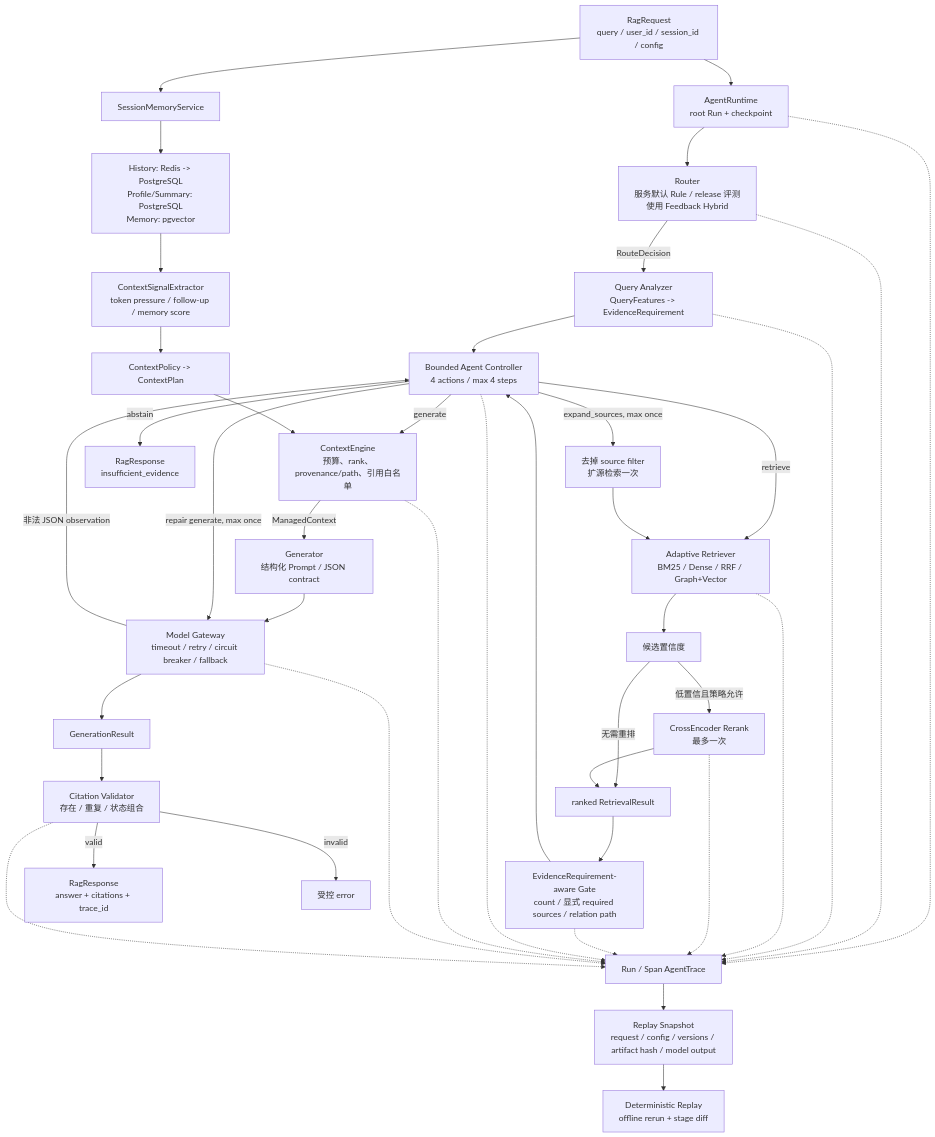
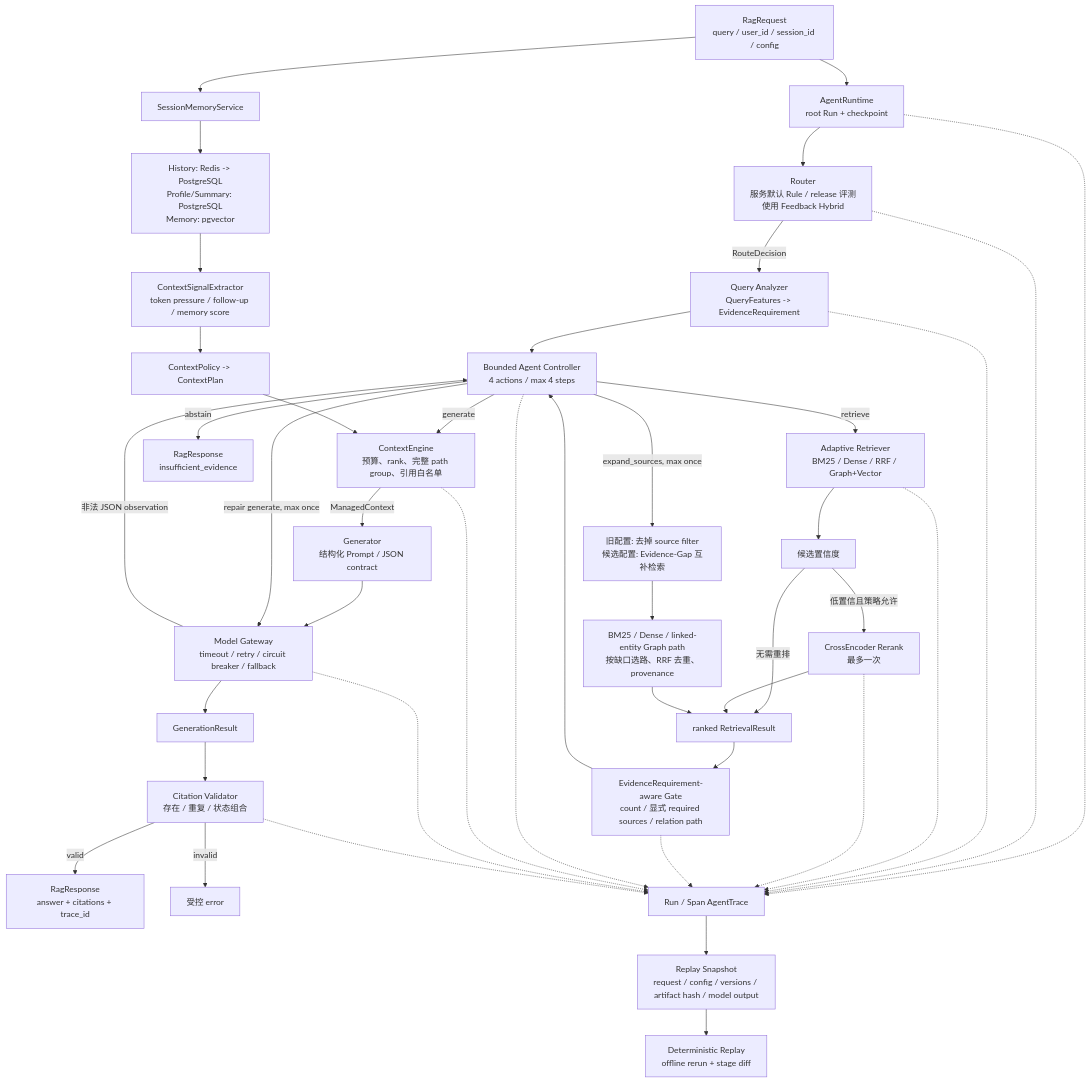
The second of 4 diagrams in docs/overview/architecture_diagram.md (1hao1hao/Agent_for_Job_Application), drawn with Mermaid before and after one commit. The commit also changed 41 other files, not shown here.

Commit message:
feat: add evidence-gap guided retrieval rescue

````diff
--- a/docs/overview/architecture_diagram.md
+++ b/docs/overview/architecture_diagram.md
@@ -30,45 +30,46 @@
 ```mermaid
 flowchart TD
     REQ["RagRequest<br/>query / user_id / session_id / config"] --> RUNTIME["AgentRuntime<br/>root Run + checkpoint"]
     RUNTIME --> ROUTER["Router<br/>服务默认 Rule / release 评测使用 Feedback Hybrid"]
     ROUTER -->|RouteDecision| ANALYZER["Query Analyzer<br/>QueryFeatures -> EvidenceRequirement"]
     ANALYZER --> CTRL["Bounded Agent Controller<br/>4 actions / max 4 steps"]
     CTRL -->|retrieve| SELECT["Adaptive Retriever<br/>BM25 / Dense / RRF / Graph+Vector"]
     SELECT --> CONF["候选置信度"]
     CONF -->|低置信且策略允许| RERANK["CrossEncoder Rerank<br/>最多一次"]
     CONF -->|无需重排| RESULTS["ranked RetrievalResult"]
     RERANK --> RESULTS
     RESULTS --> GATE["EvidenceRequirement-aware Gate<br/>count / 显式 required sources / relation path"]
     GATE --> CTRL
-    CTRL -->|expand_sources, max once| BROADEN["去掉 source filter<br/>扩源检索一次"]
-    BROADEN --> SELECT
+    CTRL -->|expand_sources, max once| BROADEN["旧配置: 去掉 source filter<br/>候选配置: Evidence-Gap 互补检索"]
+    BROADEN --> RESCUE["BM25 / Dense / linked-entity Graph path<br/>按缺口选路、RRF 去重、provenance"]
+    RESCUE --> RESULTS
     CTRL -->|abstain| ABSTAIN["RagResponse<br/>insufficient_evidence"]
 
     REQ --> MEMORY["SessionMemoryService"]
     MEMORY --> STORE["History: Redis -> PostgreSQL<br/>Profile/Summary: PostgreSQL<br/>Memory: pgvector"]
     STORE --> SIGNAL["ContextSignalExtractor<br/>token pressure / follow-up / memory score"]
     SIGNAL --> POLICY["ContextPolicy -> ContextPlan"]
-    CTRL -->|generate| ENGINE["ContextEngine<br/>预算、rank、provenance/path、引用白名单"]
+    CTRL -->|generate| ENGINE["ContextEngine<br/>预算、rank、完整 path group、引用白名单"]
     POLICY --> ENGINE
     ENGINE -->|ManagedContext| GEN["Generator<br/>结构化 Prompt / JSON contract"]
     GEN --> GATEWAY["Model Gateway<br/>timeout / retry / circuit breaker / fallback"]
     GATEWAY -->|非法 JSON observation| CTRL
     CTRL -->|repair generate, max once| GATEWAY
     GATEWAY --> PARSED["GenerationResult"]
     PARSED --> VALID["Citation Validator<br/>存在 / 重复 / 状态组合"]
     VALID -->|valid| RESP["RagResponse<br/>answer + citations + trace_id"]
     VALID -->|invalid| ERROR["受控 error"]
 
     RUNTIME -.-> TRACE["Run / Span AgentTrace"]
     ROUTER -.-> TRACE
     ANALYZER -.-> TRACE
     SELECT -.-> TRACE
     RERANK -.-> TRACE
     GATE -.-> TRACE
     CTRL -.-> TRACE
     ENGINE -.-> TRACE
     GATEWAY -.-> TRACE
     VALID -.-> TRACE
     TRACE --> SNAPSHOT["Replay Snapshot<br/>request / config / versions / artifact hash / model output"]
     SNAPSHOT --> REPLAY["Deterministic Replay<br/>offline rerun + stage diff"]
 ```
````
